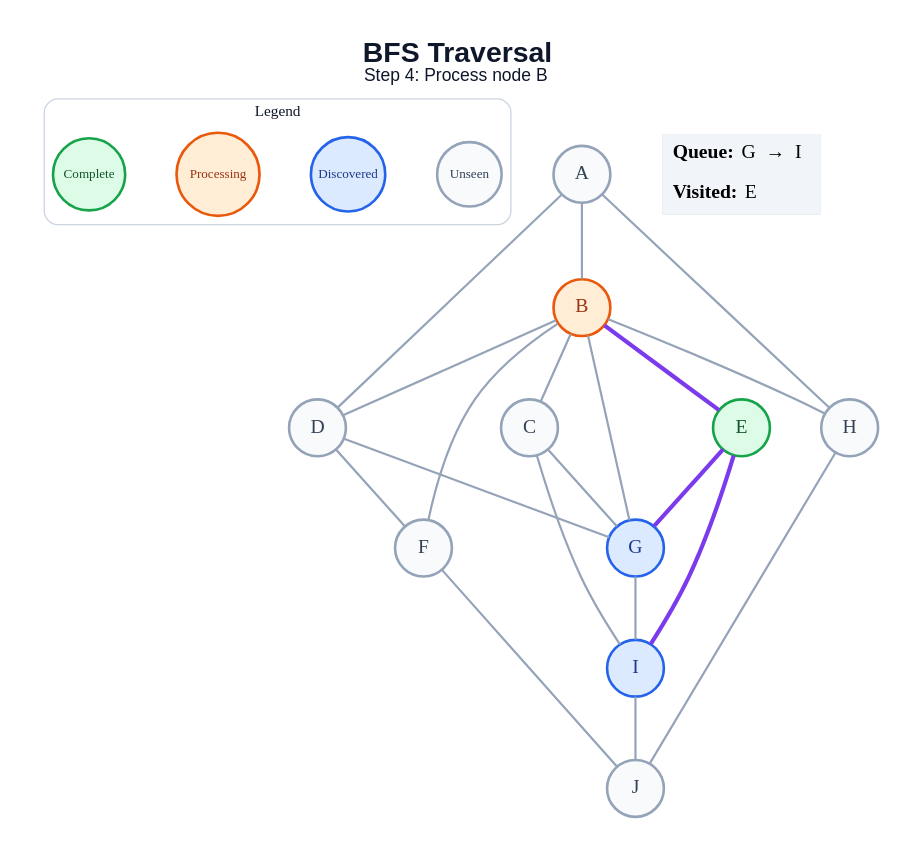
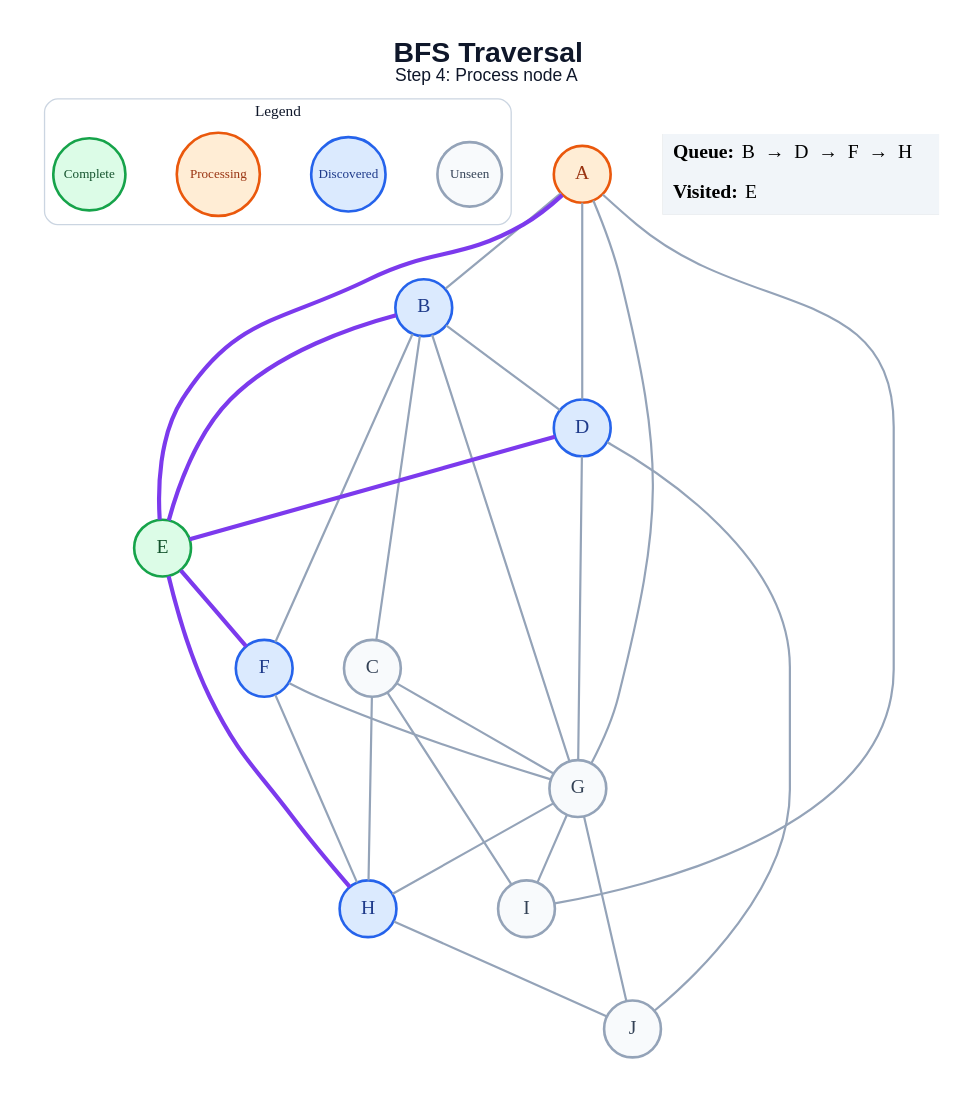
The diagram in generated/specific-node/bfs/step_04.dot (amanghodawala9/ai-slop), drawn with Graphviz before and after one commit. The commit also changed 178 other files, not shown here.

```diff
--- a/generated/specific-node/bfs/step_04.dot
+++ b/generated/specific-node/bfs/step_04.dot
@@ -1,48 +1,53 @@
 graph traversal {
   graph [layout=dot, rankdir=TB, bgcolor="#FFFFFF", pad="0.35", nodesep="0.65", ranksep="0.8", fontname="Arial"];
   node [shape=circle, style="filled", fontname="Arial Bold", fontsize=18, width=0.72, fixedsize=true, penwidth=2.4];
   edge [color="#94A3B8", penwidth=2.0];
-  label=<<B>BFS Traversal</B><BR/><FONT POINT-SIZE="16">Step 4: Process node B</FONT>>; labelloc="t"; fontsize=26; fontname="Arial"; fontcolor="#0F172A";
+  label=<<B>BFS Traversal</B><BR/><FONT POINT-SIZE="16">Step 4: Process node A</FONT>>; labelloc="t"; fontsize=26; fontname="Arial"; fontcolor="#0F172A";
   subgraph cluster_legend { label="Legend"; color="#CBD5E1"; penwidth=1.2; style="rounded"; fontsize=14; fontname="Arial Bold";
     key_unseen [label="Unseen", fillcolor="#F8FAFC", color="#94A3B8", fontcolor="#334155", fontsize=12, width=0.82];
     key_frontier [label="Discovered", fillcolor="#DBEAFE", color="#2563EB", fontcolor="#1E3A8A", fontsize=12, width=0.95];
     key_current [label="Processing", fillcolor="#FFEDD5", color="#EA580C", fontcolor="#9A3412", fontsize=12, width=1.05];
     key_done [label="Complete", fillcolor="#DCFCE7", color="#16A34A", fontcolor="#14532D", fontsize=12, width=0.92];
     { rank=same; key_unseen; key_frontier; key_current; key_done; }
   }
-  A [fillcolor="#F8FAFC", color="#94A3B8", fontcolor="#334155"];
-  B [fillcolor="#FFEDD5", color="#EA580C", fontcolor="#9A3412"];
+  A [fillcolor="#FFEDD5", color="#EA580C", fontcolor="#9A3412"];
+  B [fillcolor="#DBEAFE", color="#2563EB", fontcolor="#1E3A8A"];
   C [fillcolor="#F8FAFC", color="#94A3B8", fontcolor="#334155"];
-  D [fillcolor="#F8FAFC", color="#94A3B8", fontcolor="#334155"];
+  D [fillcolor="#DBEAFE", color="#2563EB", fontcolor="#1E3A8A"];
   E [fillcolor="#DCFCE7", color="#16A34A", fontcolor="#14532D"];
-  F [fillcolor="#F8FAFC", color="#94A3B8", fontcolor="#334155"];
-  G [fillcolor="#DBEAFE", color="#2563EB", fontcolor="#1E3A8A"];
-  H [fillcolor="#F8FAFC", color="#94A3B8", fontcolor="#334155"];
-  I [fillcolor="#DBEAFE", color="#2563EB", fontcolor="#1E3A8A"];
+  F [fillcolor="#DBEAFE", color="#2563EB", fontcolor="#1E3A8A"];
+  G [fillcolor="#F8FAFC", color="#94A3B8", fontcolor="#334155"];
+  H [fillcolor="#DBEAFE", color="#2563EB", fontcolor="#1E3A8A"];
+  I [fillcolor="#F8FAFC", color="#94A3B8", fontcolor="#334155"];
   J [fillcolor="#F8FAFC", color="#94A3B8", fontcolor="#334155"];
   A -- B;
   A -- D;
-  A -- H;
+  A -- E [color="#7C3AED", penwidth=3.8];
+  A -- G;
+  A -- I;
   B -- C;
   B -- D;
   B -- E [color="#7C3AED", penwidth=3.8];
   B -- F;
   B -- G;
-  B -- H;
   C -- G;
+  C -- H;
   C -- I;
-  D -- F;
+  D -- E [color="#7C3AED", penwidth=3.8];
   D -- G;
-  E -- G [color="#7C3AED", penwidth=3.8];
-  E -- I [color="#7C3AED", penwidth=3.8];
-  F -- J;
+  D -- J;
+  E -- F [color="#7C3AED", penwidth=3.8];
+  E -- H [color="#7C3AED", penwidth=3.8];
+  F -- G;
+  F -- H;
+  G -- H;
   G -- I;
+  G -- J;
   H -- J;
-  I -- J;
   status [shape=plain, fixedsize=false, width=0, height=0, margin=0, label=<
     <TABLE BORDER="0" CELLBORDER="0" CELLPADDING="7" BGCOLOR="#F1F5F9">
-      <TR><TD ALIGN="LEFT"><B>Queue:</B> G  →  I</TD></TR>
+      <TR><TD ALIGN="LEFT"><B>Queue:</B> B  →  D  →  F  →  H</TD></TR>
       <TR><TD ALIGN="LEFT"><B>Visited:</B> E</TD></TR>
     </TABLE>
   >];
 }
```
